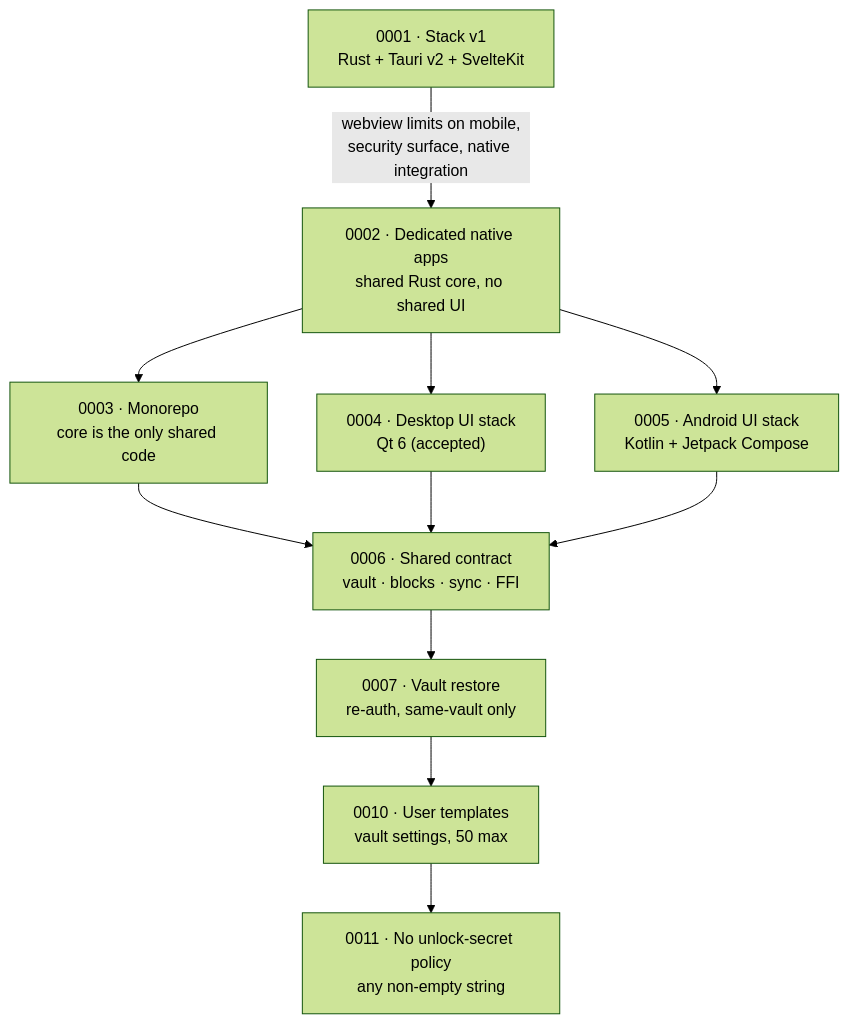
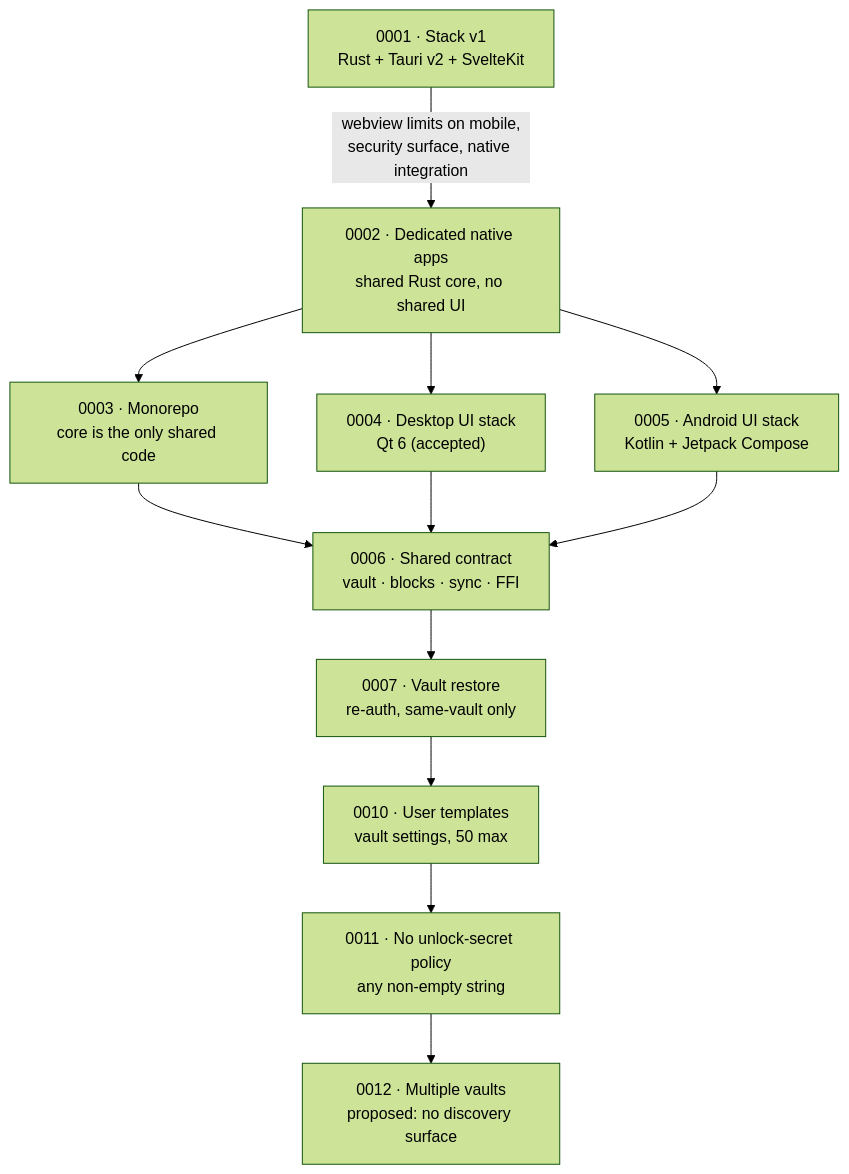
The diagram in docs/decisions/README.md (Pranesh-Selvaraj/Enclave), drawn with Mermaid (forest theme) before and after one commit. The commit also changed other lines of this file and 6 other files, not shown here.

````diff
--- a/docs/decisions/README.md
+++ b/docs/decisions/README.md
@@ -33,13 +34,14 @@
 ```mermaid
 graph TD
     A["0001 · Stack v1<br/>Rust + Tauri v2 + SvelteKit"] -->|webview limits on mobile,<br/>security surface, native integration| B["0002 · Dedicated native apps<br/>shared Rust core, no shared UI"]
     B --> C["0003 · Monorepo<br/>core is the only shared code"]
     B --> D["0004 · Desktop UI stack<br/>Qt 6 (accepted)"]
     B --> E["0005 · Android UI stack<br/>Kotlin + Jetpack Compose"]
     C --> F["0006 · Shared contract<br/>vault · blocks · sync · FFI"]
     D --> F
     E --> F
     F --> G["0007 · Vault restore<br/>re-auth, same-vault only"]
     G --> H["0010 · User templates<br/>vault settings, 50 max"]
     H --> I["0011 · No unlock-secret policy<br/>any non-empty string"]
+    I --> J["0012 · Multiple vaults<br/>proposed: no discovery surface"]
 ```
````
